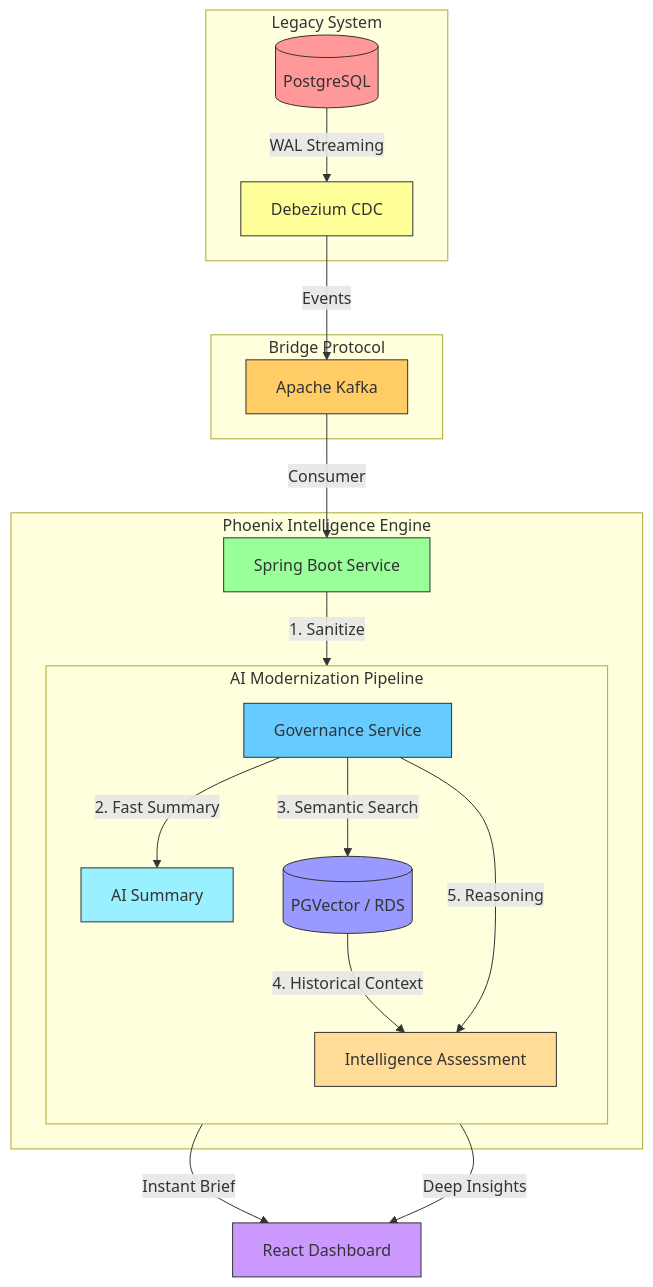
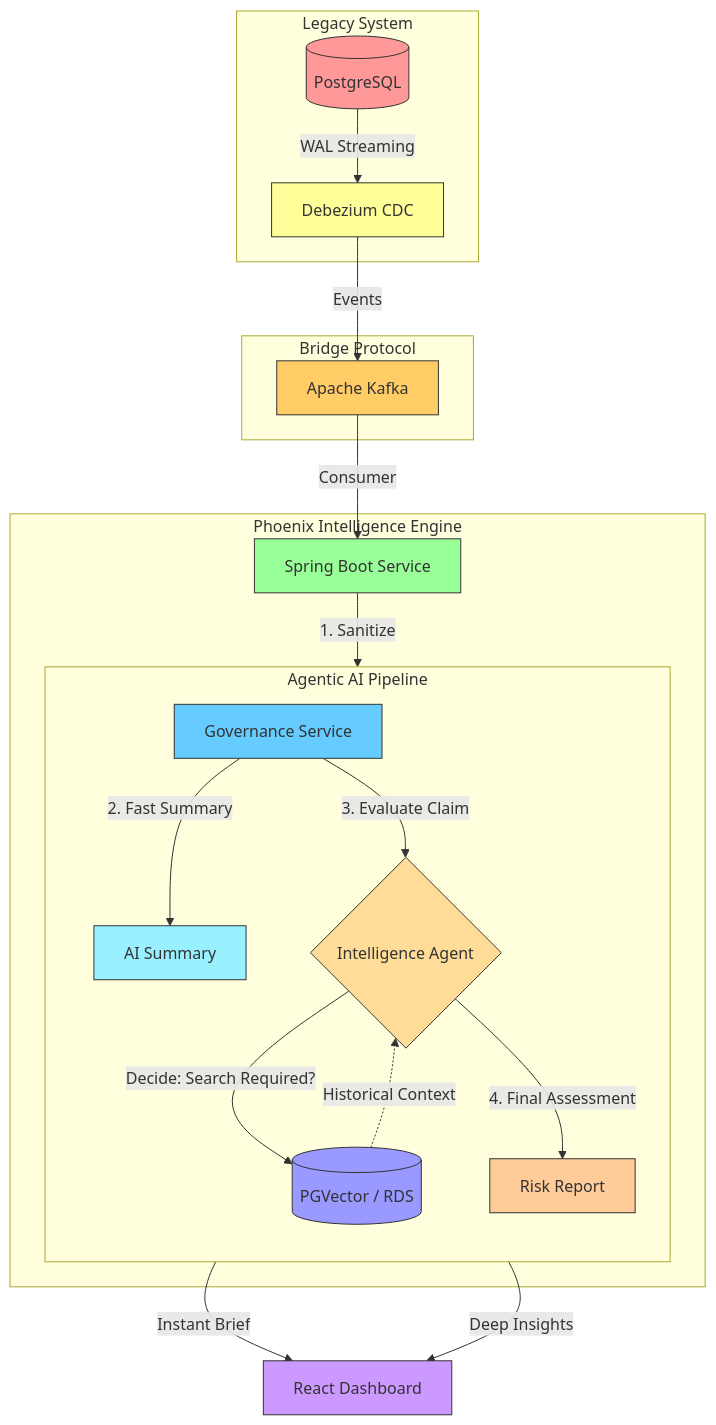
Before and after one commit to primusa/phoenix: the diagram in README.md, drawn with Mermaid. The commit also changed other lines of this file and 10 other files, not shown here.

Commit message:
Agentic RAG Reasoning

````diff
--- a/README.md
+++ b/README.md
@@ -43,36 +43,38 @@
 ```mermaid
 graph TD
     subgraph "Legacy System"
         LDB[(PostgreSQL)] -->|WAL Streaming| DBZ[Debezium CDC]
     end
 
     subgraph "Bridge Protocol"
         DBZ -->|Events| K[Apache Kafka]
     end
 
     subgraph "Phoenix Intelligence Engine"
         K -->|Consumer| SB[Spring Boot Service]
         SB -->|1. Sanitize| GS[Governance Service]
         
-        subgraph "AI Modernization Pipeline"
+        subgraph "Agentic AI Pipeline"
             direction TB
             GS -->|2. Fast Summary| SUM[AI Summary]
-            GS -->|3. Semantic Search| VDB[(PGVector / RDS)]
-            VDB -->|4. Historical Context| IA[Intelligence Assessment]
-            GS -->|5. Reasoning| IA
+            GS -->|3. Evaluate Claim| IA{Intelligence Agent}
+            IA -->|Decide: Search Required?| VDB[(PGVector / RDS)]
+            VDB -.->|Historical Context| IA
+            IA -->|4. Final Assessment| FIN[Risk Report]
         end
     end
 
     SUM -->|Instant Brief| UI[React Dashboard]
-    IA -->|Deep Insights| UI
+    FIN -->|Deep Insights| UI
     
     style LDB fill:#ff9999,stroke:#333
     style DBZ fill:#ffff99,stroke:#333
     style SB fill:#99ff99,stroke:#333
     style VDB fill:#9999ff,stroke:#333
     style SUM fill:#99f0ff,stroke:#333
     style IA fill:#ffdd99,stroke:#333
+    style FIN fill:#ffcc99,stroke:#333
     style K fill:#ffcc66,stroke:#333
     style GS fill:#66ccff,stroke:#333
     style UI fill:#cc99ff,stroke:#333
 ```
````
